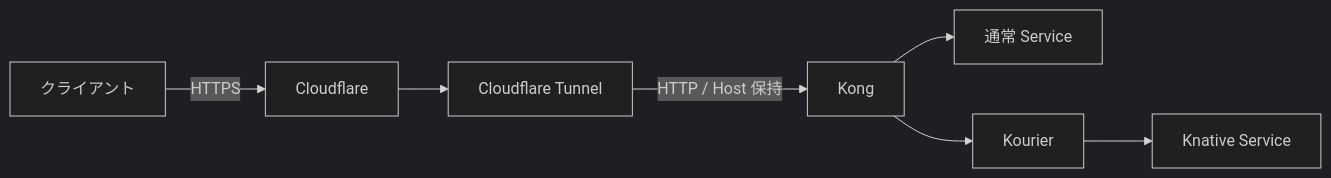
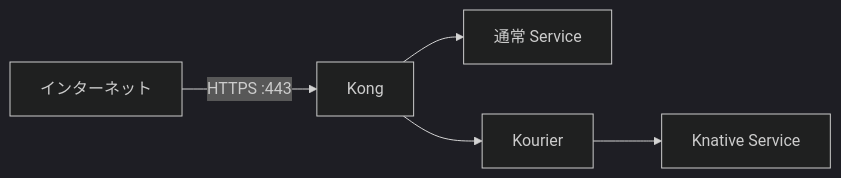
One commit to sasano8/infra-kubernetes changed the diagram in docs/cloudflare.md. Above: the diagram before and after it, drawn with Mermaid (dark theme). The commit also changed other lines of this file and 3 other files, not shown here.

Commit message:
docs: replace obsolete Tunnel guide with Cloudflare DNS-01 setup

````diff
--- a/docs/cloudflare.md
+++ b/docs/cloudflare.md
@@ -11,8 +7,6 @@
 ```mermaid
 flowchart LR
-    Client[クライアント] -->|HTTPS| CF[Cloudflare]
-    CF --> Tunnel[Cloudflare Tunnel]
-    Tunnel -->|HTTP / Host 保持| Kong
+    Internet[インターネット] -->|HTTPS :443| Kong
     Kong --> Standard[通常 Service]
     Kong --> Kourier --> Knative[Knative Service]
 ```
````
